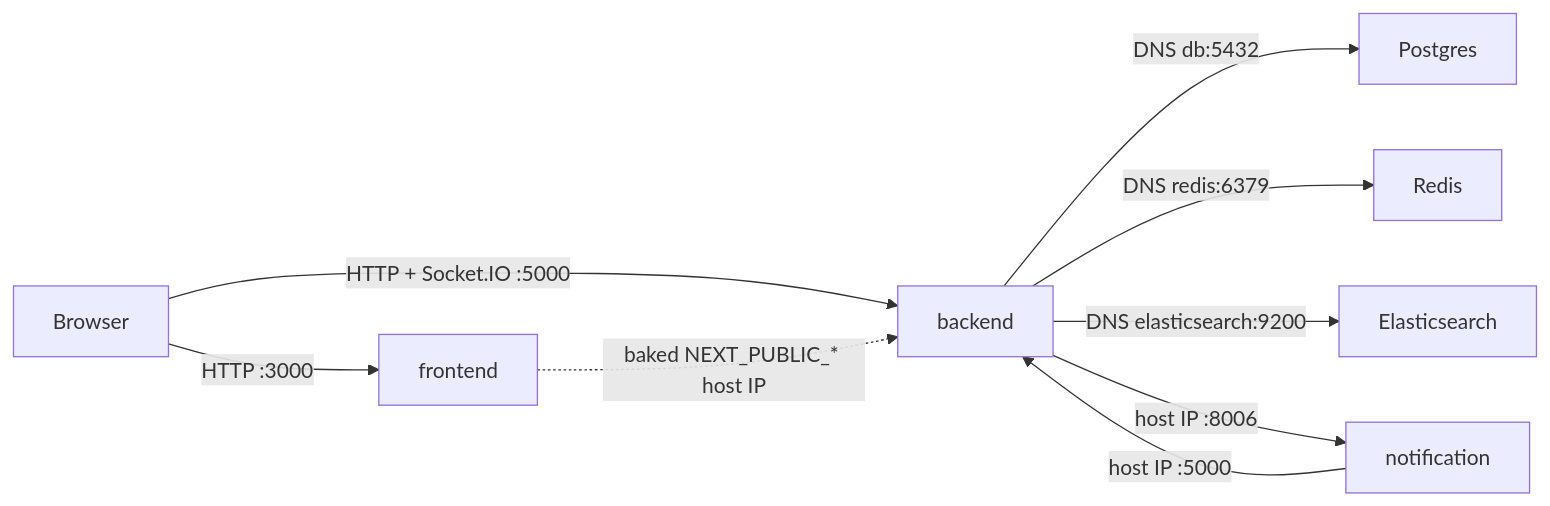
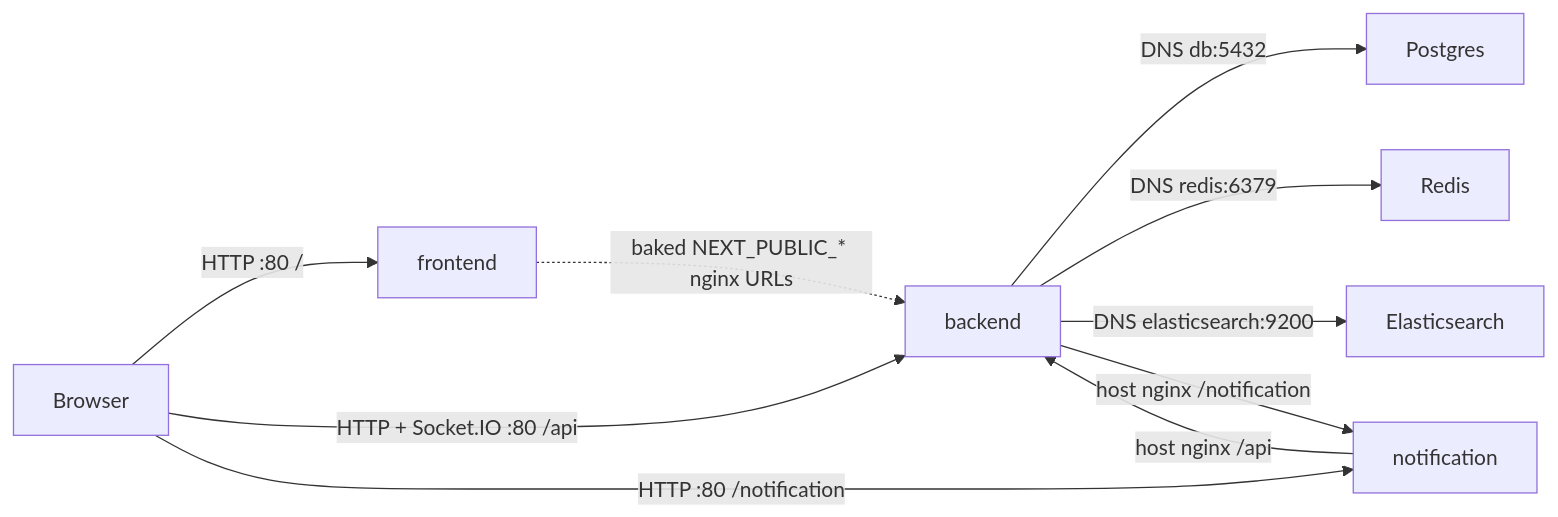
The first of 5 diagrams in README.md (mikias1219/DevOps), drawn with Mermaid before and after one commit. The commit also changed other lines of this file and 5 other files, not shown here.

````diff
--- a/README.md
+++ b/README.md
@@ -46,11 +47,12 @@
 ```mermaid
 flowchart LR
-  Browser["Browser"] -->|"HTTP :3000"| FE["frontend"]
-  Browser -->|"HTTP + Socket.IO :5000"| BE["backend"]
-  FE -.->|"baked NEXT_PUBLIC_* host IP"| BE
+  Browser["Browser"] -->|"HTTP :80 /"| FE["frontend"]
+  Browser -->|"HTTP + Socket.IO :80 /api"| BE["backend"]
+  Browser -->|"HTTP :80 /notification"| NES["notification"]
+  FE -.->|"baked NEXT_PUBLIC_* nginx URLs"| BE
   BE -->|"DNS db:5432"| DB["Postgres"]
   BE -->|"DNS redis:6379"| Redis["Redis"]
   BE -->|"DNS elasticsearch:9200"| ES["Elasticsearch"]
-  BE -->|"host IP :8006"| NES["notification"]
-  NES -->|"host IP :5000"| BE
+  BE -->|"host nginx /notification"| NES
+  NES -->|"host nginx /api"| BE
 ```
````
